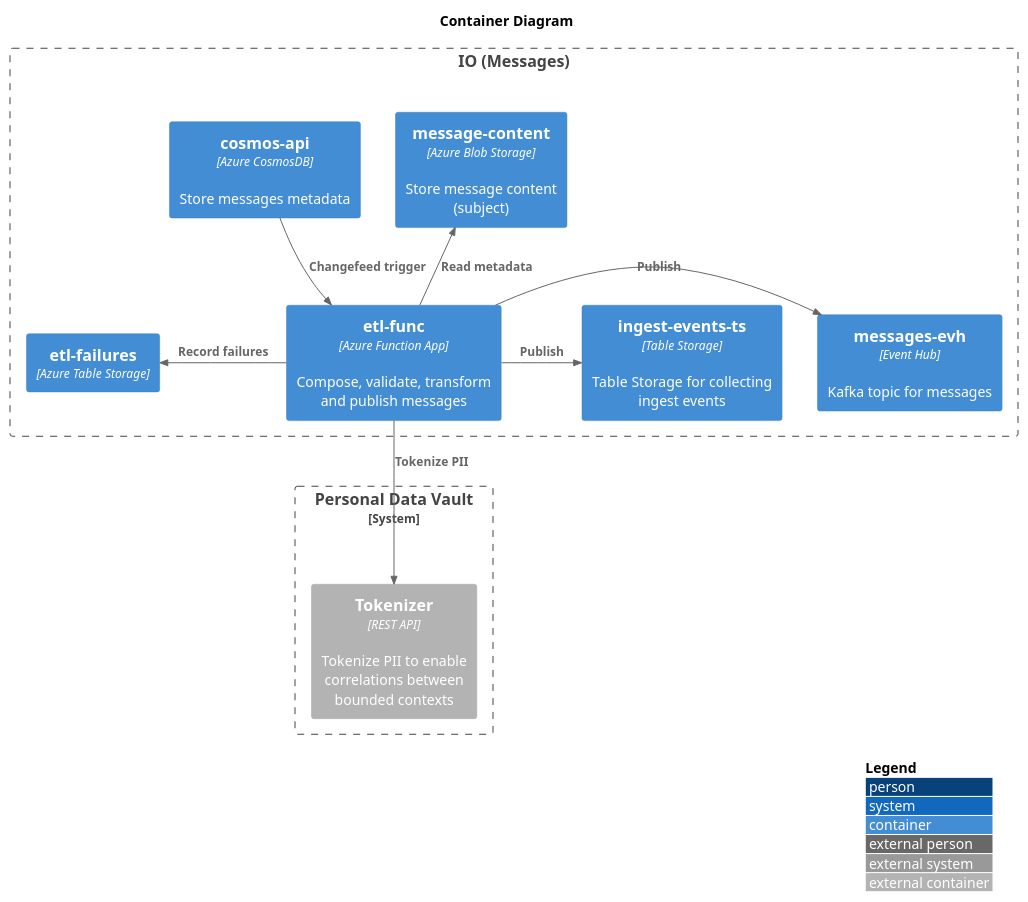
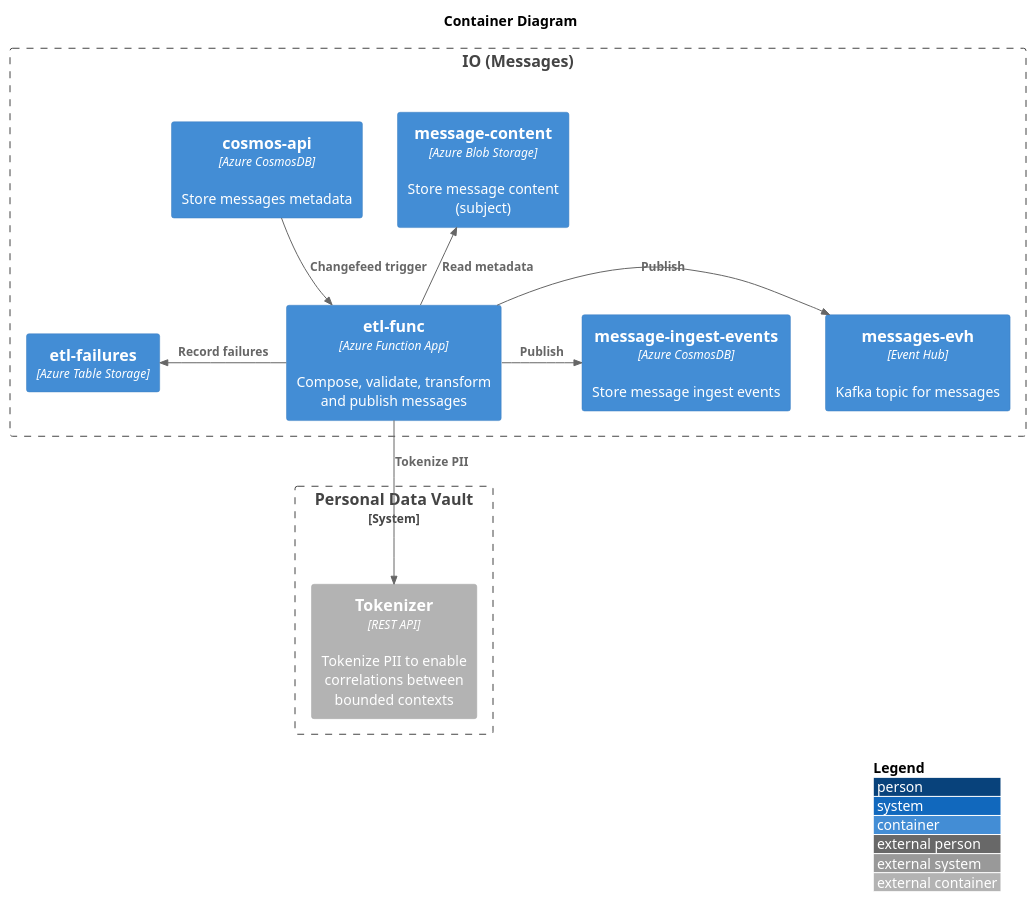
The diagram in docs/data-plan/container.puml (pagopa/io-messages), drawn with PlantUML before and after one commit. The commit also changed 1 other file, not shown here.

Commit message:
docs: update container diagram

```diff
--- a/docs/data-plan/container.puml
+++ b/docs/data-plan/container.puml
@@ -1,31 +1,31 @@
 @startuml data-plan-container
 !include <C4/C4_Context>
 !include <C4/C4_Container>
 
 LAYOUT_WITH_LEGEND()
 
 title Container Diagram
 
 Boundary(io, "IO (Messages)") {
   Container(apidb, "cosmos-api", "Azure CosmosDB", "Store messages metadata")
   Container(msgst, "message-content", "Azure Blob Storage", "Store message content (subject)")
   Container(etlfn, "etl-func", "Azure Function App", "Compose, validate, transform and publish messages")
   Container(msgevh, "messages-evh", "Event Hub", "Kafka topic for messages")
-  Container(msgsentevents, "ingest-events-ts", "Table Storage", "Table Storage for collecting ingest events")
+  Container(msgsentevents, "message-ingest-events", "Azure CosmosDB", "Store message ingest events")
   Container(failtable, "etl-failures", "Azure Table Storage")
 }
 
 Rel_D(apidb, etlfn, "Changefeed trigger")
 Rel_R(etlfn, msgevh, "Publish")
 Rel_R(etlfn, msgsentevents, "Publish")
 
 Rel_U(etlfn, msgst, "Read metadata")
 Rel_L(etlfn, failtable, "Record failures")
 
 System_Boundary(pdv, "Personal Data Vault") {
   Container_Ext(tok, "Tokenizer", "REST API", "Tokenize PII to enable correlations between bounded contexts")
 }
 
 Rel_D(etlfn, tok, "Tokenize PII")
 
 @enduml
```
